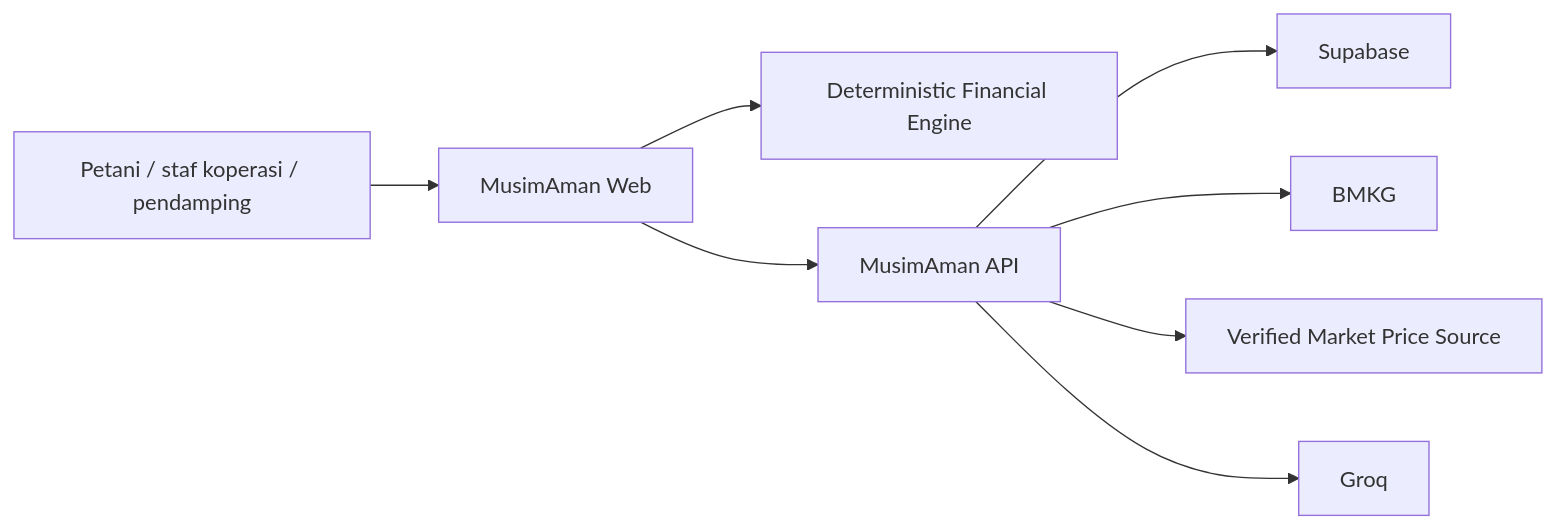
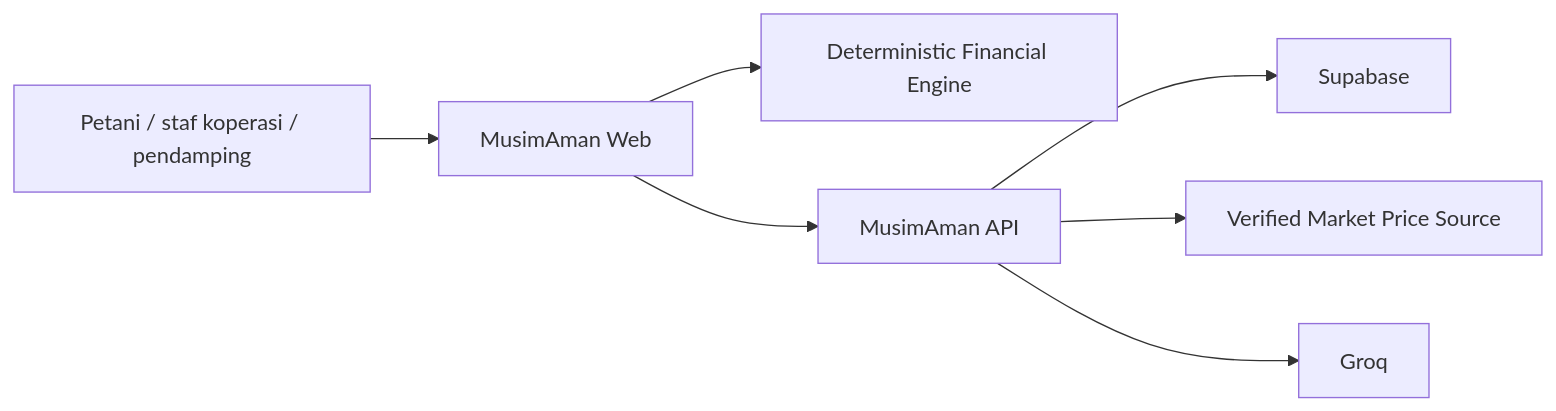
The first of 9 diagrams in docs/ARCHITECTURE_DIAGRAMS.md (Nevanoz/SeasonWise), drawn with Mermaid before and after one commit. The commit also changed other lines of this file and 63 other files, not shown here.

````diff
--- a/docs/ARCHITECTURE_DIAGRAMS.md
+++ b/docs/ARCHITECTURE_DIAGRAMS.md
@@ -7,10 +7,9 @@
 ```mermaid
 flowchart LR
   U["Petani / staf koperasi / pendamping"] --> W["MusimAman Web"]
   W --> E["Deterministic Financial Engine"]
   W --> A["MusimAman API"]
   A --> S["Supabase"]
-  A --> B["BMKG"]
   A --> P["Verified Market Price Source"]
   A --> G["Groq"]
 ```
````
